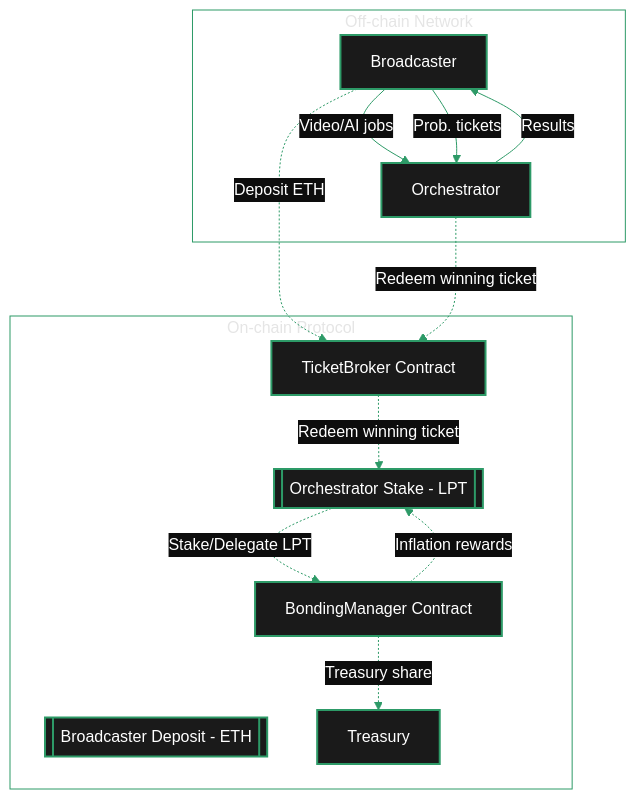
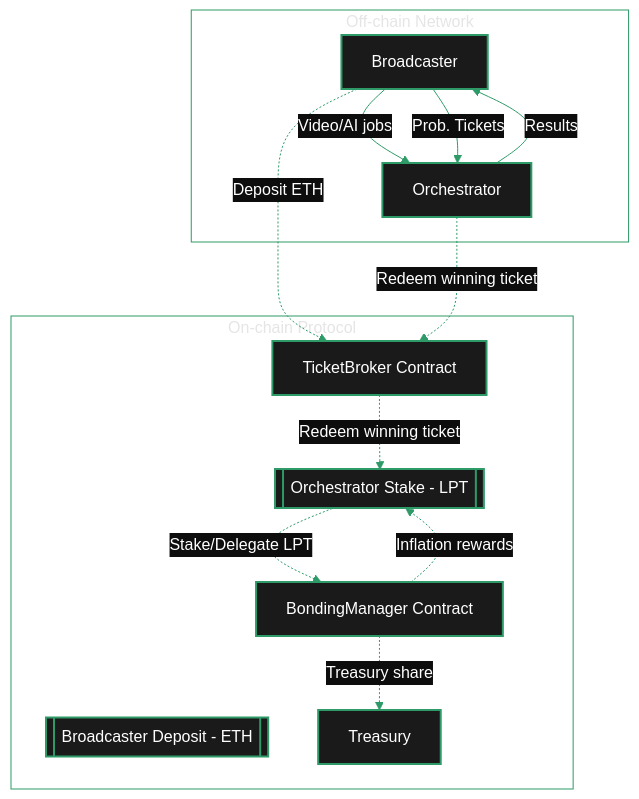
Before and after one commit to its-DeFine/docs: the third of 3 diagrams in v2/about/protocol/technical-architecture.mdx, drawn with Mermaid. The commit also changed other lines of this file and 502 other files, not shown here.

````diff
--- a/v2/about/protocol/technical-architecture.mdx
+++ b/v2/about/protocol/technical-architecture.mdx
@@ -148,23 +148,23 @@
 ```mermaid
 %%{init: {'theme': 'base', 'themeVariables': { 'primaryColor': '#1a1a1a', 'primaryTextColor': '#fff', 'primaryBorderColor': '#2d9a67', 'lineColor': '#2d9a67', 'secondaryColor': '#0d0d0d', 'tertiaryColor': '#1a1a1a', 'background': '#0d0d0d', 'fontFamily': 'system-ui', 'clusterBkg': 'rgba(255,255,255,0.05)', 'clusterBorder': '#2d9a67' }}}%%
 flowchart TD
     classDef default stroke-width:2px
     subgraph OffChain["Off-chain Network"]
         B[Broadcaster] -->|Video/AI jobs| O[Orchestrator]
         O -->|Results| B
-        B -->|Prob. tickets| O
+        B -->|Prob. Tickets| O
     end
     subgraph OnChain["On-chain Protocol"]
         BDeposit[[Broadcaster Deposit - ETH]]
         OStake[[Orchestrator Stake - LPT]]
         TicketBroker[TicketBroker Contract]
         BondingManager[BondingManager Contract]
         Treasury[Treasury]
     end
     B -.->|Deposit ETH| TicketBroker
     OStake -.->|Stake/Delegate LPT| BondingManager
     TicketBroker -.->|Redeem winning ticket| OStake
     BondingManager -.->|Inflation rewards| OStake
     BondingManager -.->|Treasury share| Treasury
     O -.->|Redeem winning ticket| TicketBroker
 ```
````
